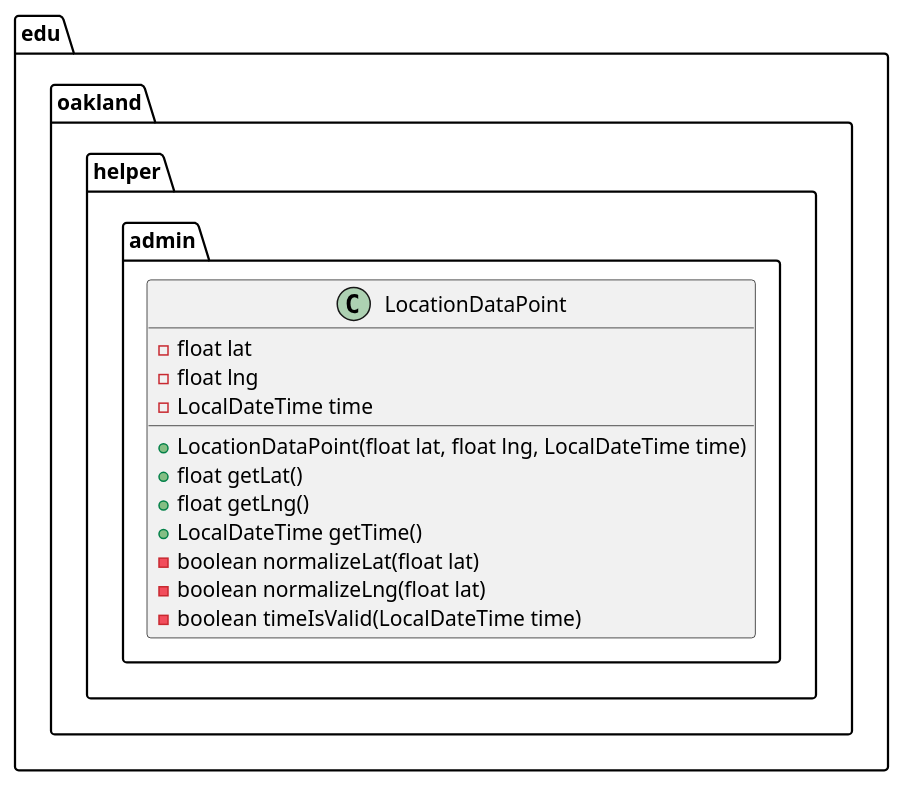
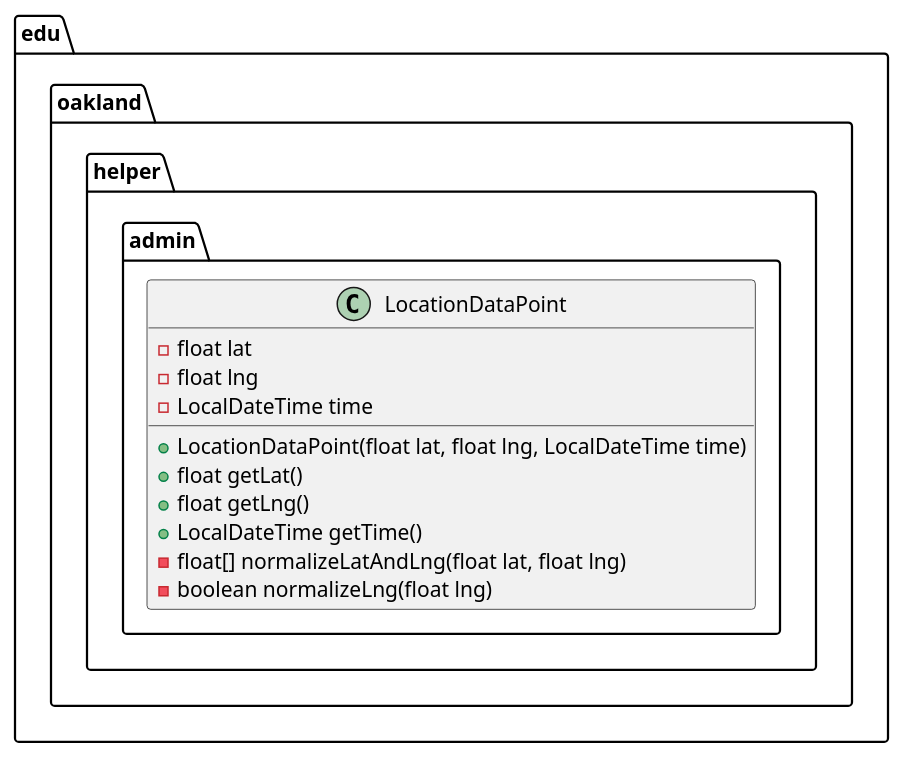
Before and after one commit to andrewdimmer/csi-3370-software-project: the diagram in docs/uml-class-diagrams/admin/helper/LocationDataPoint/LocationDataPoint.puml, drawn with PlantUML. The commit also changed 1 other file, not shown here.

Commit message:
[Admin] Updated LocationDataPoint UML Diagrams
This reflects the minor changes that were made during the course of iterating with Test Driven Development.

```diff
--- a/docs/uml-class-diagrams/admin/helper/LocationDataPoint/LocationDataPoint.puml
+++ b/docs/uml-class-diagrams/admin/helper/LocationDataPoint/LocationDataPoint.puml
@@ -1,18 +1,17 @@
 @startuml LocationDataPoint
 
 package edu.oakland.helper.admin {
     class LocationDataPoint {
         - float lat
         - float lng
         - LocalDateTime time
         + LocationDataPoint(float lat, float lng, LocalDateTime time)
         + float getLat()
         + float getLng()
         + LocalDateTime getTime()
-        - boolean normalizeLat(float lat)
-        - boolean normalizeLng(float lat)
-        - boolean timeIsValid(LocalDateTime time)
+        - float[] normalizeLatAndLng(float lat, float lng)
+        - boolean normalizeLng(float lng)
     }
 }
 
 @enduml
```
